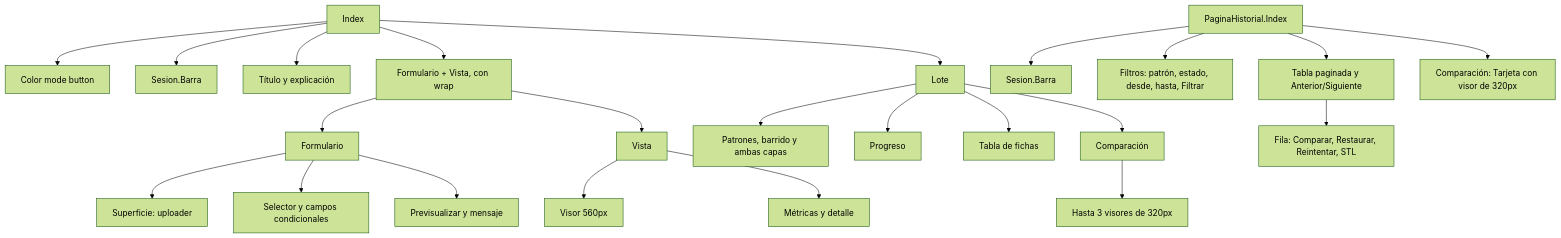
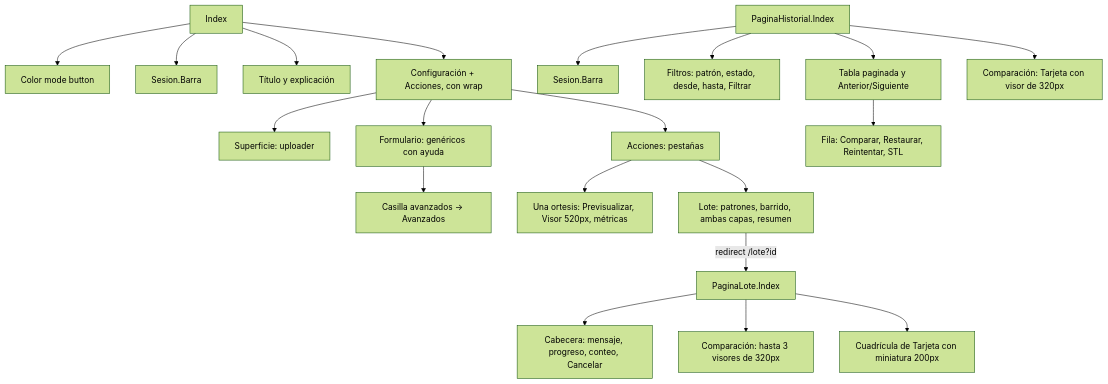
One commit to MateoDG2006/OrtesisLab changed the second of 3 diagrams in docs/AppFrontend/ARQUITECTURA.md. Above: the diagram before and after it, drawn with Mermaid (forest theme). The commit also changed other lines of this file and 26 other files, not shown here.

````diff
--- a/docs/AppFrontend/ARQUITECTURA.md
+++ b/docs/AppFrontend/ARQUITECTURA.md
@@ -33,25 +33,22 @@
 ```mermaid
 flowchart TB
   I[Index] --> CM[Color mode button]
   I --> SB[Sesion.Barra]
   I --> H[Título y explicación]
-  I --> ROW[Formulario + Vista, con wrap]
-  ROW --> F[Formulario]
-  F --> S[Superficie: uploader]
-  F --> P[Selector y campos condicionales]
-  F --> GEN[Previsualizar y mensaje]
-  ROW --> V[Vista]
-  V --> IF[Visor 560px]
-  V --> ME[Métricas y detalle]
-  I --> L[Lote]
-  L --> OPTIONS[Patrones, barrido y ambas capas]
-  L --> PROG[Progreso]
-  L --> TABLE[Tabla de fichas]
-  L --> C[Comparación]
-  C --> SMALL[Hasta 3 visores de 320px]
+  I --> ROW[Configuración + Acciones, con wrap]
+  ROW --> S[Superficie: uploader]
+  ROW --> F[Formulario: genéricos con ayuda]
+  F --> AV[Casilla avanzados → Avanzados]
+  ROW --> AC[Acciones: pestañas]
+  AC --> V[Una ortesis: Previsualizar, Visor 520px, métricas]
+  AC --> L[Lote: patrones, barrido, ambas capas, resumen]
+  L -->|redirect /lote?id| LI[PaginaLote.Index]
+  LI --> CAB[Cabecera: mensaje, progreso, conteo, Cancelar]
+  LI --> C[Comparación: hasta 3 visores de 320px]
+  LI --> GR[Cuadrícula de Tarjeta con miniatura 200px]
   HI[PaginaHistorial.Index] --> SB2[Sesion.Barra]
   HI --> FI[Filtros: patrón, estado, desde, hasta, Filtrar]
   HI --> TA[Tabla paginada y Anterior/Siguiente]
   TA --> FL[Fila: Comparar, Restaurar, Reintentar, STL]
   HI --> CO[Comparación: Tarjeta con visor de 320px]
 ```
````
